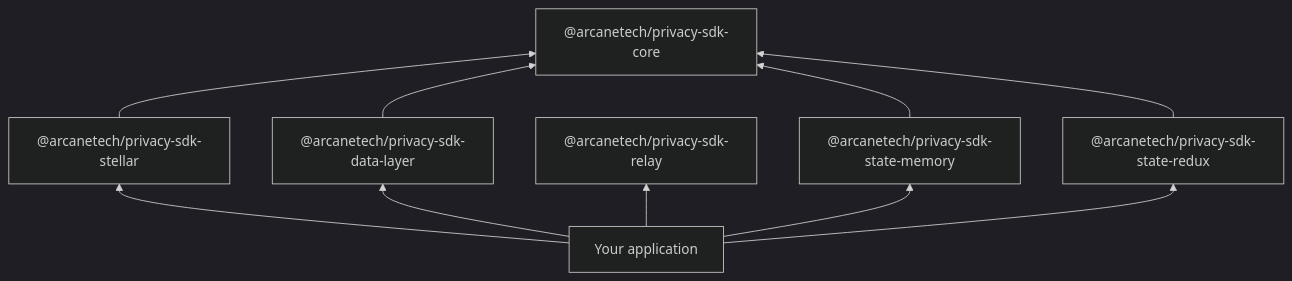
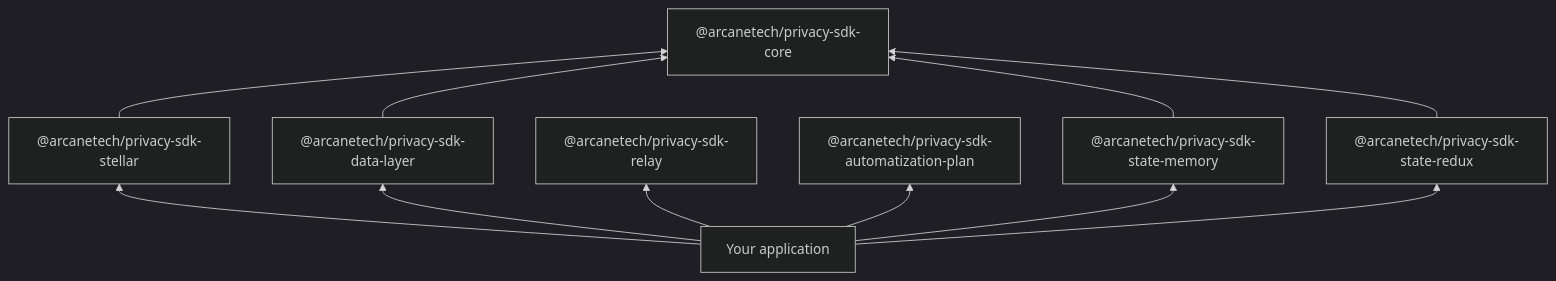
One commit to arcanetechhq/privacy-layer-confidential-sdk changed the first of 2 diagrams in docs/overview/packages.mdx. Above: the diagram before and after it, drawn with Mermaid (dark theme). The commit also changed other lines of this file and 22 other files, not shown here.

````diff
--- a/docs/overview/packages.mdx
+++ b/docs/overview/packages.mdx
@@ -18,20 +18,22 @@
 ```mermaid
 flowchart BT
   App[Your application]
   Stellar["@arcanetech/privacy-sdk-stellar"]
   DataLayer["@arcanetech/privacy-sdk-data-layer"]
   Relay["@arcanetech/privacy-sdk-relay"]
+  Plan["@arcanetech/privacy-sdk-automatization-plan"]
   Core["@arcanetech/privacy-sdk-core"]
   Memory["@arcanetech/privacy-sdk-state-memory"]
   Redux["@arcanetech/privacy-sdk-state-redux"]
 
   App --> Stellar
   App --> DataLayer
   App --> Relay
+  App --> Plan
   App --> Memory
   App --> Redux
   Stellar --> Core
   DataLayer --> Core
   Memory --> Core
   Redux --> Core
 ```
````
